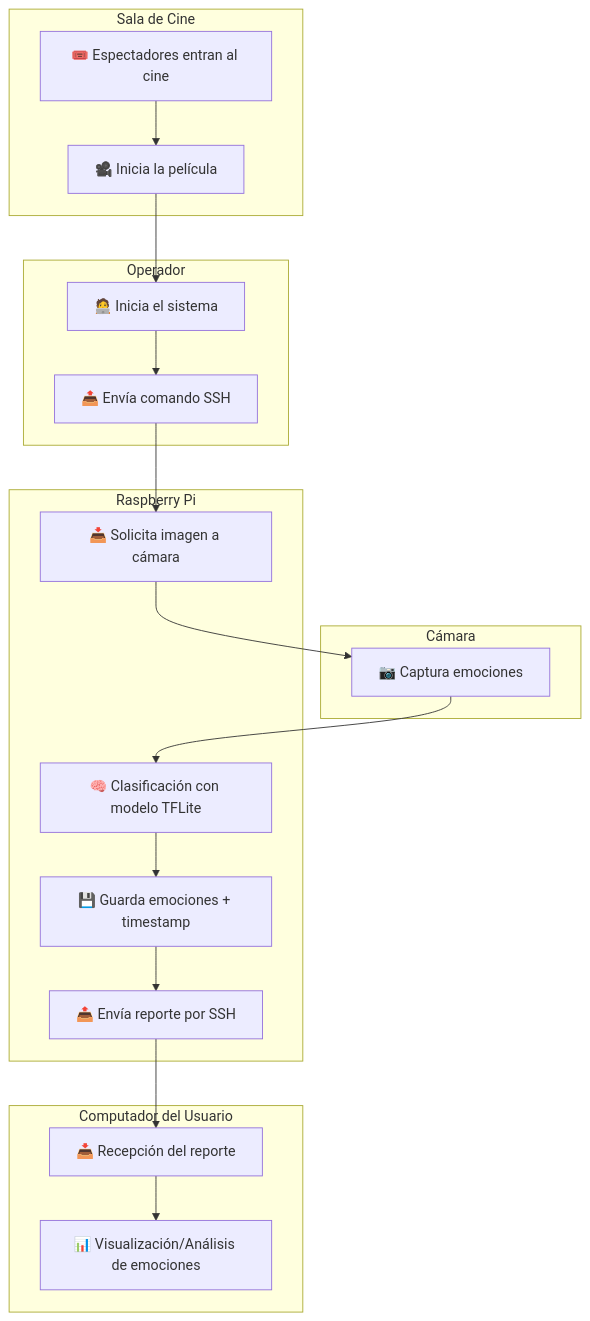
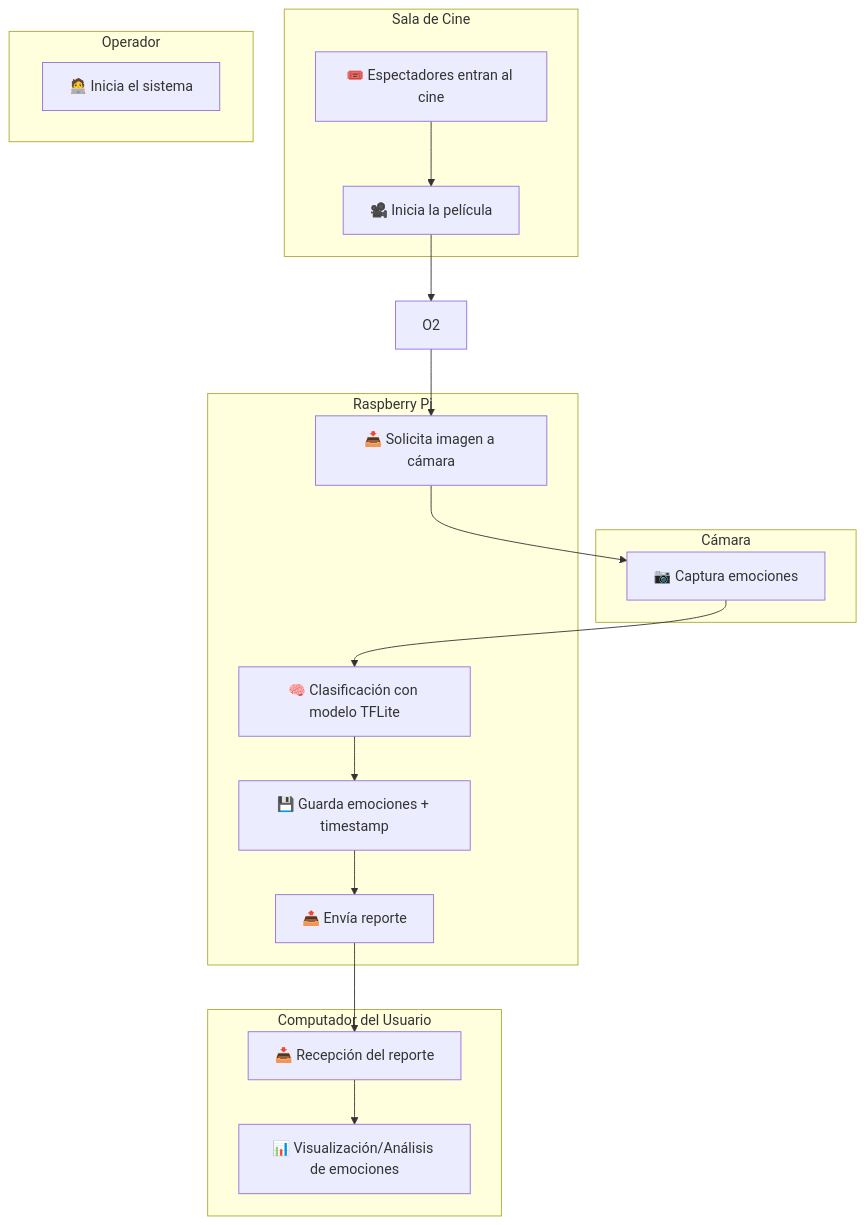
Before and after one commit to lestorres/Reconocimiento_clasificacion_de_expresiones: the diagram in docs/vista-operacional.md, drawn with Mermaid.

````diff
--- a/docs/vista-operacional.md
+++ b/docs/vista-operacional.md
@@ -3,40 +3,38 @@
 ```mermaid
 flowchart TD
     subgraph Sala de Cine
         U1[🎟️ Espectadores entran al cine]
         U2[🎥 Inicia la película]
     end
 
     subgraph Operador
         O1[🧑‍💻 Inicia el sistema]
-        O2[📤 Envía comando SSH]
     end
 
     subgraph Cámara
         CAM1[📷 Captura emociones]
     end
 
     subgraph Raspberry Pi
         R2[📥 Solicita imagen a cámara]
         R3[🧠 Clasificación con modelo TFLite]
         R4[💾 Guarda emociones + timestamp]
-        R5[📤 Envía reporte por SSH]
+        R5[📤 Envía reporte]
     end
 
     subgraph Computador del Usuario
         CU1[📥 Recepción del reporte]
         CU2[📊 Visualización/Análisis de emociones]
     end
 
     U1 --> U2
-    U2 --> O1
-    O1 --> O2
+    U2 --> O2
     O2 --> R2
     R2 --> CAM1
     CAM1 --> R3
     R3 --> R4
     R4 --> R5
     R5 --> CU1
     CU1 --> CU2
 
 ```
````
